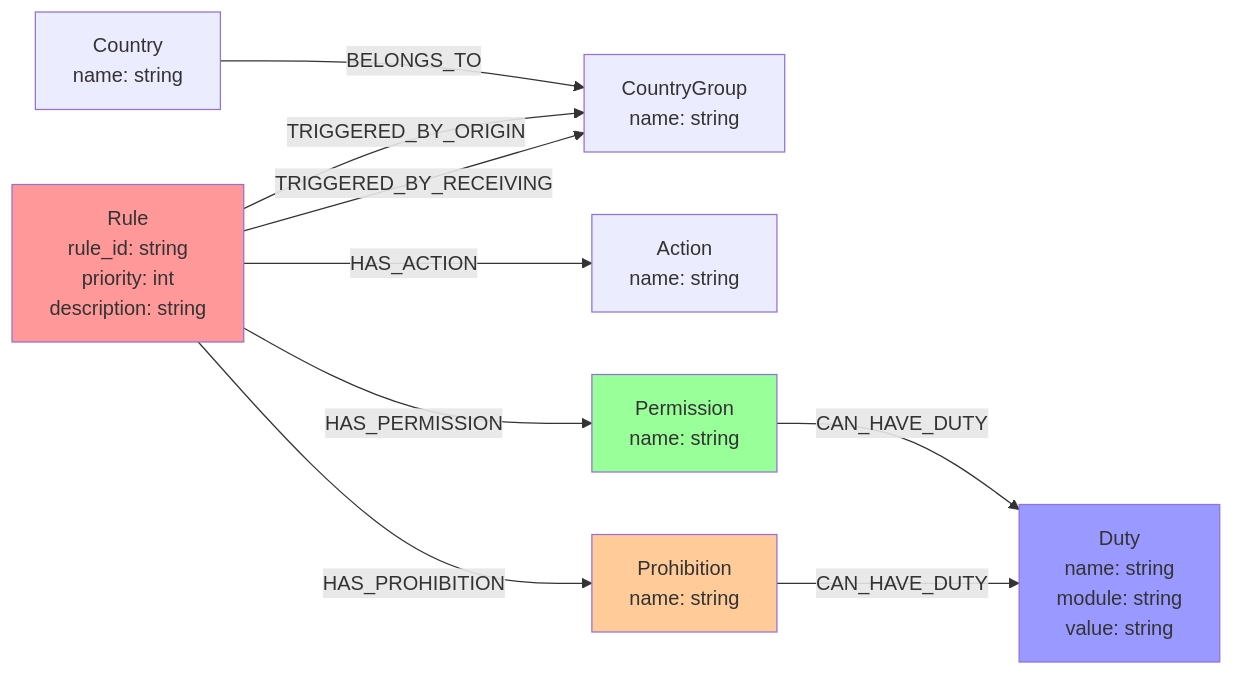
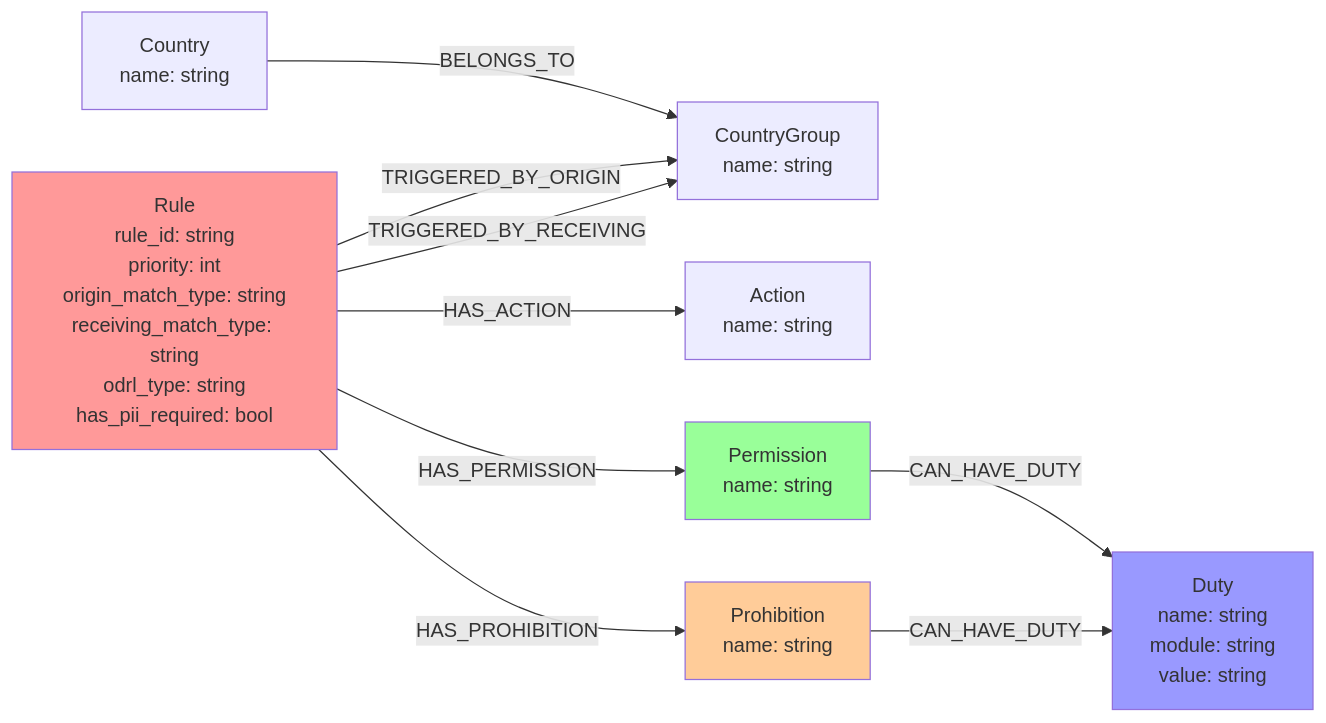
The third of 5 diagrams in README.md (Joseph-k-iype/rr), drawn with Mermaid before and after one commit. The commit also changed 1 other file, not shown here.

Commit message:
changes new

````diff
--- a/README.md
+++ b/README.md
@@ -82,18 +82,18 @@
 ```mermaid
 graph LR
     Country[Country<br/>name: string] -->|BELONGS_TO| CG[CountryGroup<br/>name: string]
 
-    Rule[Rule<br/>rule_id: string<br/>priority: int<br/>description: string] -->|HAS_ACTION| Action[Action<br/>name: string]
+    Rule[Rule<br/>rule_id: string<br/>priority: int<br/>origin_match_type: string<br/>receiving_match_type: string<br/>odrl_type: string<br/>has_pii_required: bool] -->|HAS_ACTION| Action[Action<br/>name: string]
     Rule -->|HAS_PERMISSION| Perm[Permission<br/>name: string]
     Rule -->|HAS_PROHIBITION| Prohib[Prohibition<br/>name: string]
     Rule -->|TRIGGERED_BY_ORIGIN| CG
     Rule -->|TRIGGERED_BY_RECEIVING| CG
 
     Perm -->|CAN_HAVE_DUTY| Duty[Duty<br/>name: string<br/>module: string<br/>value: string]
     Prohib -->|CAN_HAVE_DUTY| Duty
 
     style Rule fill:#ff9999
     style Perm fill:#99ff99
     style Prohib fill:#ffcc99
     style Duty fill:#9999ff
 ```
````
